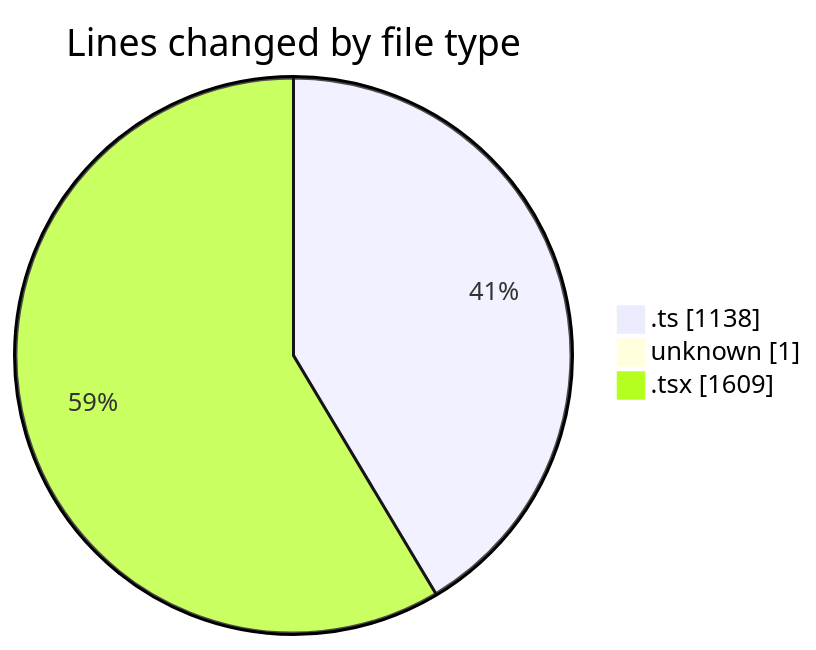
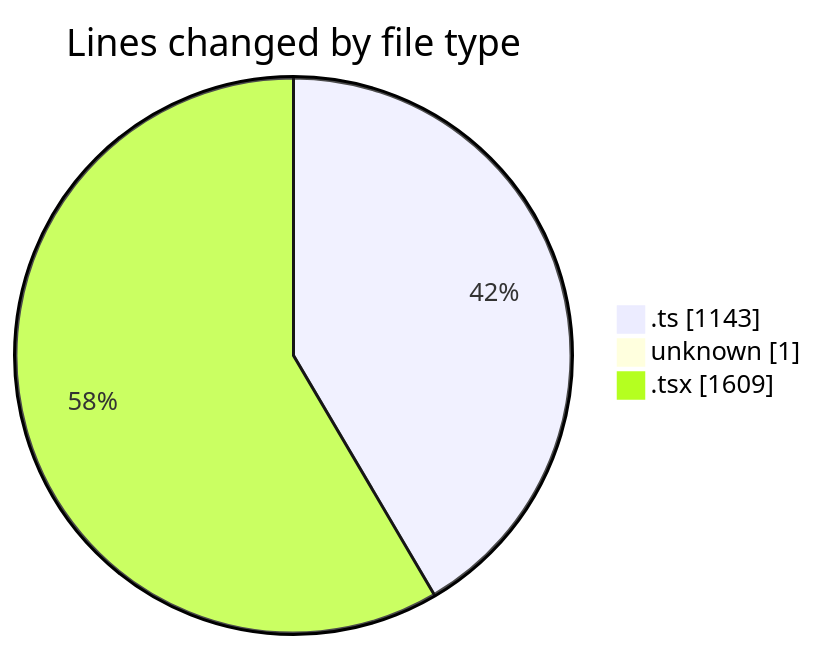
Before and after one commit to robertbonfada/code-tracking: the first of 2 diagrams in 2025-02-17/mbc-web/README.md, drawn with Mermaid. The commit also changed other lines of this file and 1 other file, not shown here.

````diff
--- a/2025-02-17/mbc-web/README.md
+++ b/2025-02-17/mbc-web/README.md
@@ -37,7 +38,7 @@
 ```mermaid
 pie showData
 title Lines changed by file type
-".ts" : 1138
+".ts" : 1143
 "unknown" : 1
 ".tsx" : 1609
 ```
````
